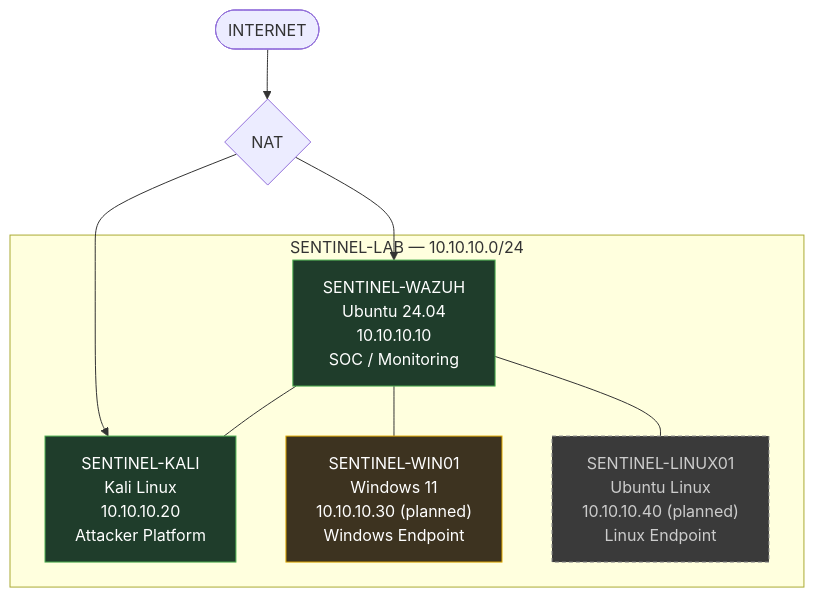
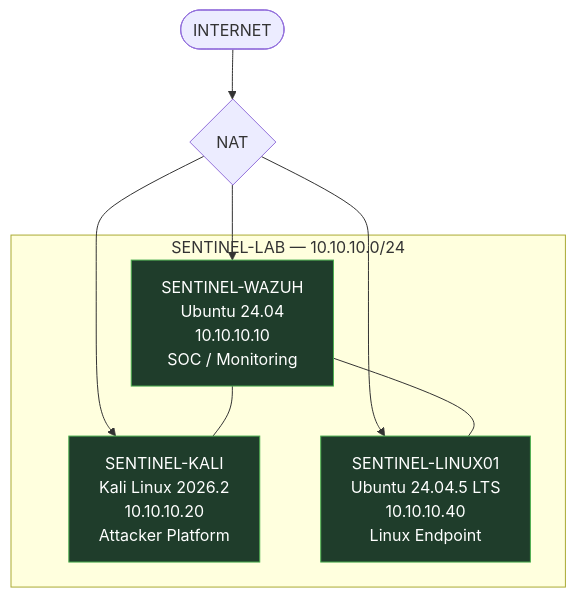
Before and after one commit to andyydz/sentinel-soc-lab: the first of 3 diagrams in docs/03-architecture.md, drawn with Mermaid. The commit also changed other lines of this file, not shown here.

````diff
--- a/docs/03-architecture.md
+++ b/docs/03-architecture.md
@@ -35,27 +41,21 @@
 ```mermaid
 flowchart TB
     INET([INTERNET])
     NAT{NAT}
     INET --> NAT
 
     subgraph LAB["SENTINEL-LAB — 10.10.10.0/24"]
         WAZUH["SENTINEL-WAZUH<br/>Ubuntu 24.04<br/>10.10.10.10<br/>SOC / Monitoring"]
-        KALI["SENTINEL-KALI<br/>Kali Linux<br/>10.10.10.20<br/>Attacker Platform"]
-        WIN["SENTINEL-WIN01<br/>Windows 11<br/>10.10.10.30 (planned)<br/>Windows Endpoint"]
-        LINUX["SENTINEL-LINUX01<br/>Ubuntu Linux<br/>10.10.10.40 (planned)<br/>Linux Endpoint"]
+        KALI["SENTINEL-KALI<br/>Kali Linux 2026.2<br/>10.10.10.20<br/>Attacker Platform"]
+        LINUX["SENTINEL-LINUX01<br/>Ubuntu 24.04.5 LTS<br/>10.10.10.40<br/>Linux Endpoint"]
     end
 
     NAT --> WAZUH
     NAT --> KALI
+    NAT --> LINUX
     WAZUH --- KALI
-    WAZUH --- WIN
     WAZUH --- LINUX
 
     classDef operational fill:#1f3d2b,stroke:#4caf50,color:#fff;
-    classDef inprogress fill:#3d3320,stroke:#e0a800,color:#fff;
-    classDef planned fill:#3a3a3a,stroke:#888,color:#ccc,stroke-dasharray: 4 3;
-
-    class WAZUH,KALI operational
-    class WIN inprogress
-    class LINUX planned
+    class WAZUH,KALI,LINUX operational
 ```
````
